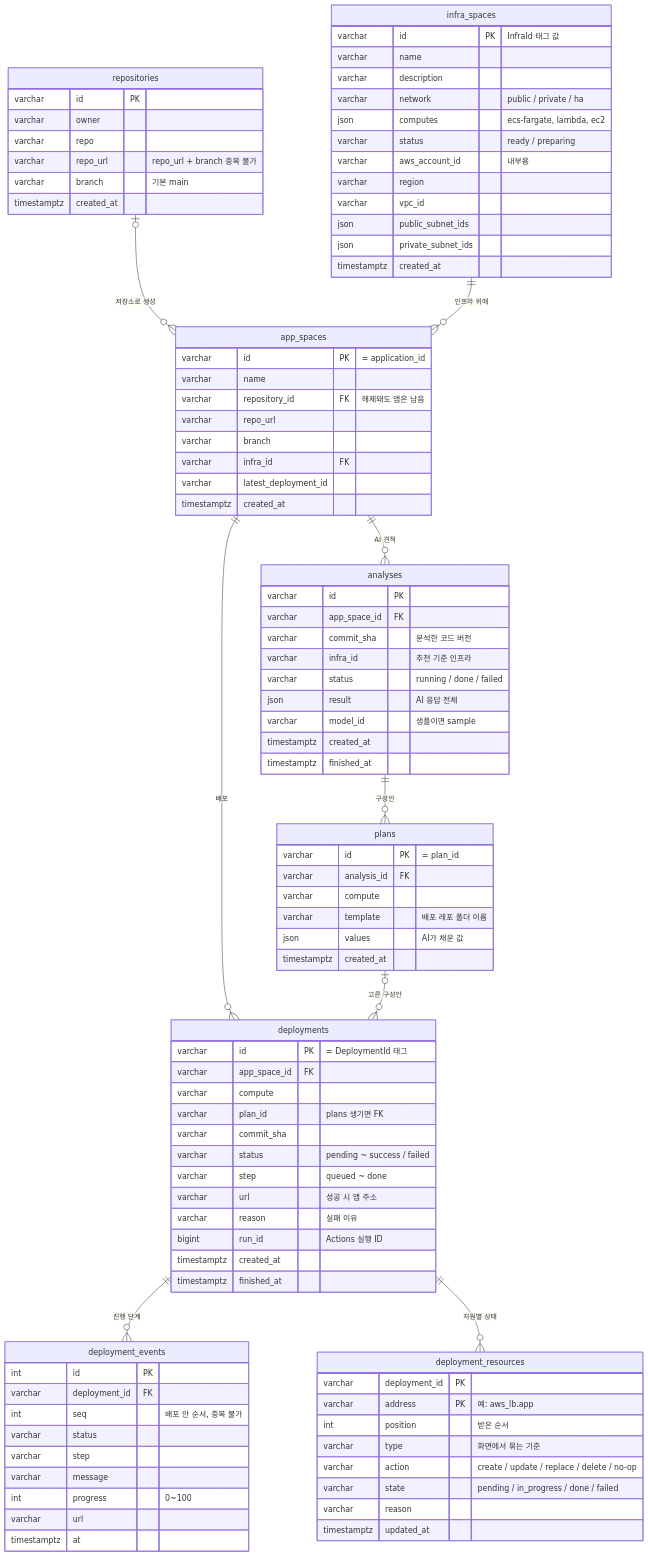
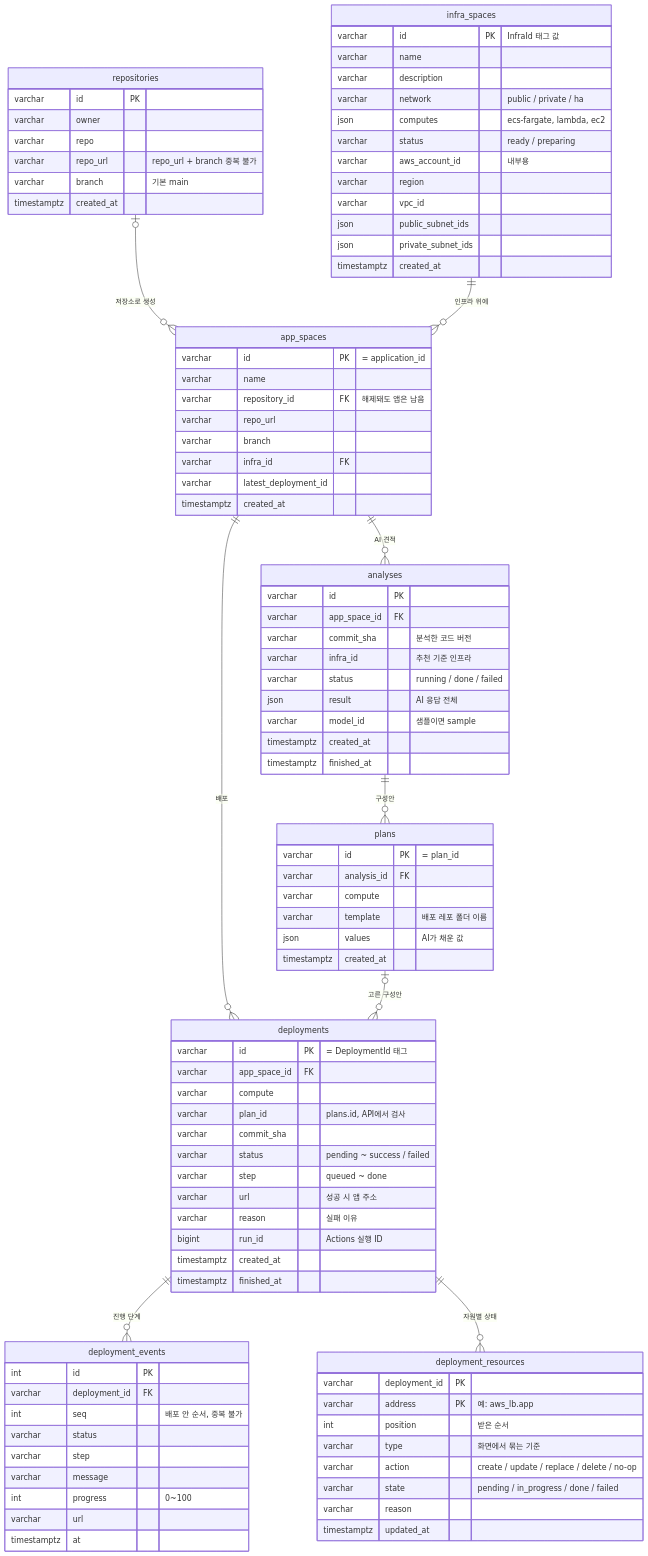
The diagram in docs/erd.md (softbank-hackathon-2026/Freesia-backend), drawn with Mermaid before and after one commit. The commit also changed other lines of this file and 15 other files, not shown here.

First line of the commit message:
Add plans API, template catalog and workflow plan lookup

```diff
--- a/docs/erd.md
+++ b/docs/erd.md
@@ -75,7 +75,7 @@
         varchar id PK "= DeploymentId 태그"
         varchar app_space_id FK
         varchar compute
-        varchar plan_id "plans 생기면 FK"
+        varchar plan_id "plans.id, API에서 검사"
         varchar commit_sha
         varchar status "pending ~ success / failed"
         varchar step "queued ~ done"
```
